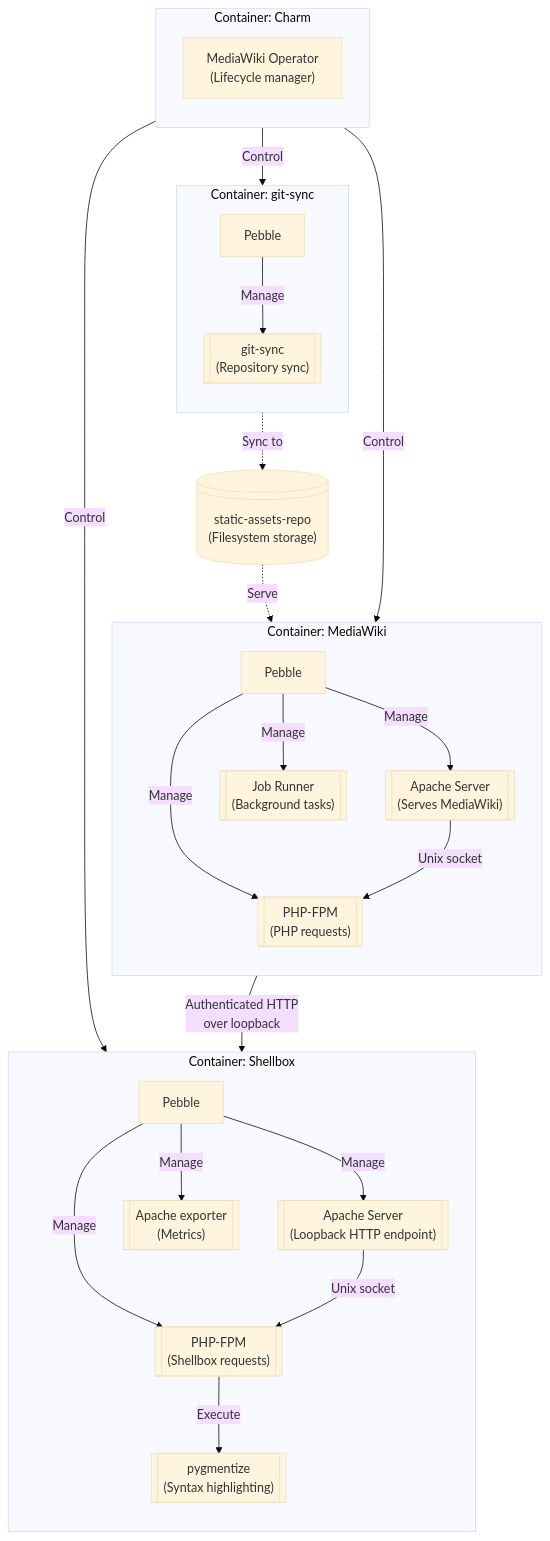
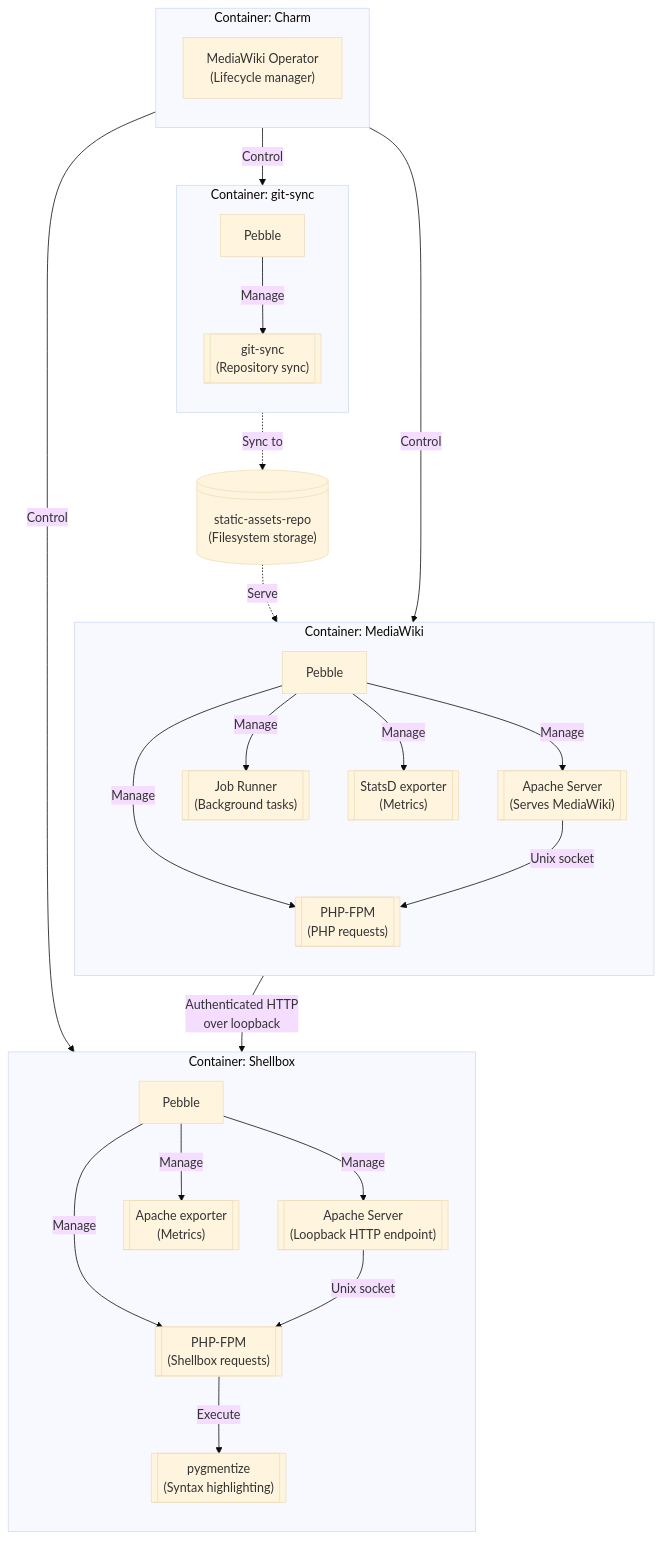
Before and after one commit to canonical/mediawiki-k8s-operator: the second of 2 diagrams in docs/reference/charm-architecture.rst, drawn with Mermaid (base theme). The commit also changed other lines of this file and 16 other files, not shown here.

First line of the commit message:
feat: Implement support for MW stats library metrics

```diff
--- a/docs/reference/charm-architecture.rst
+++ b/docs/reference/charm-architecture.rst
@@ -92,54 +92,56 @@
 .. mermaid::
    :name: containers-architecture-diagram
 
    flowchart TD
       subgraph MediaWikiContainer["Container: MediaWiki"]
          direction TB
          Pebble1["Pebble"]
          Apache@{ shape: subproc, label: "Apache Server<br/>(Serves MediaWiki)" }
          PhpFpm@{ shape: subproc, label: "PHP-FPM<br/>(PHP requests)" }
          JobRunner@{ shape: subproc, label: "Job Runner<br/>(Background tasks)" }
+         StatsDExporter@{ shape: subproc, label: "StatsD exporter<br/>(Metrics)" }
 
          Pebble1 -->|Manage| Apache
          Pebble1 -->|Manage| PhpFpm
          Apache -->|Unix socket| PhpFpm
          Pebble1 -->|Manage| JobRunner
+         Pebble1 -->|Manage| StatsDExporter
       end
       
       subgraph ShellboxContainer["Container: Shellbox"]
          direction TB
          Pebble3["Pebble"]
          ShellboxApache@{ shape: subproc, label: "Apache Server<br/>(Loopback HTTP endpoint)" }
          ShellboxPhpFpm@{ shape: subproc, label: "PHP-FPM<br/>(Shellbox requests)" }
          ShellboxCommand@{ shape: subproc, label: "pygmentize<br/>(Syntax highlighting)" }
          ShellboxExporter@{ shape: subproc, label: "Apache exporter<br/>(Metrics)" }
 
          Pebble3 -->|Manage| ShellboxApache
          Pebble3 -->|Manage| ShellboxPhpFpm
          Pebble3 -->|Manage| ShellboxExporter
          ShellboxApache -->|Unix socket| ShellboxPhpFpm
          ShellboxPhpFpm -->|Execute| ShellboxCommand
       end
 
       subgraph GitSyncContainer["Container: git-sync"]
          direction TB
          Pebble2["Pebble"]
          GitSyncApp@{ shape: subproc, label: "git-sync<br/>(Repository sync)" }
 
          Pebble2 -->|Manage| GitSyncApp
       end
       
       subgraph OperatorPlane["Container: Charm"]
          direction TB
          CharmOp["MediaWiki Operator<br/>(Lifecycle manager)"]
       end
       
       Assets@{ shape: lin-cyl, label: "static-assets-repo<br/>(Filesystem storage)" }
       
       CharmOp -->|Control| Pebble1
       CharmOp -->|Control| Pebble2
       CharmOp -->|Control| Pebble3
       PhpFpm -->|Authenticated HTTP<br/>over loopback| ShellboxApache
       PhpFpm ~~~ Pebble3
       GitSyncApp -.->|Sync to| Assets
       Assets -.->|Serve| Apache
```
